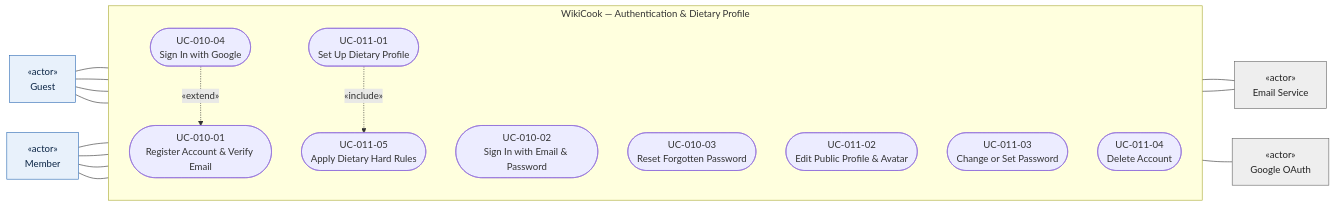
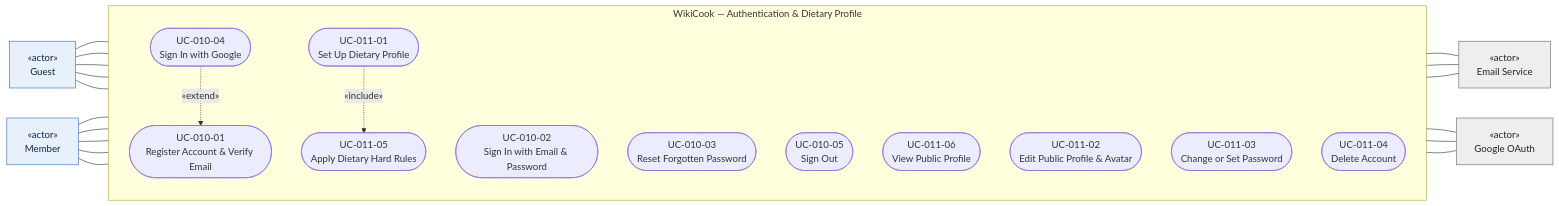
One commit to ThanhDu14/WikiCook changed the third of 13 diagrams in docs/requirements/use-case-model.md. Above: the diagram before and after it, drawn with Mermaid. The commit also changed other lines of this file, not shown here.

````diff
--- a/docs/requirements/use-case-model.md
+++ b/docs/requirements/use-case-model.md
@@ -183,42 +196,49 @@
 ```mermaid
 flowchart LR
     GUEST["«actor»<br/>Guest"]
     MEMBER["«actor»<br/>Member"]
 
     subgraph SYS["WikiCook — Authentication & Dietary Profile"]
         direction TB
         UC010_01(["UC-010-01<br/>Register Account & Verify Email"])
         UC010_02(["UC-010-02<br/>Sign In with Email & Password"])
         UC010_03(["UC-010-03<br/>Reset Forgotten Password"])
         UC010_04(["UC-010-04<br/>Sign In with Google"])
+        UC010_05(["UC-010-05<br/>Sign Out"])
+        UC011_06(["UC-011-06<br/>View Public Profile"])
         UC011_01(["UC-011-01<br/>Set Up Dietary Profile"])
         UC011_02(["UC-011-02<br/>Edit Public Profile & Avatar"])
         UC011_03(["UC-011-03<br/>Change or Set Password"])
         UC011_04(["UC-011-04<br/>Delete Account"])
         UC011_05(["UC-011-05<br/>Apply Dietary Hard Rules"])
     end
 
     GOOGLE["«actor»<br/>Google OAuth"]
     EMAIL["«actor»<br/>Email Service"]
 
     GUEST --- UC010_01
     GUEST --- UC010_02
     GUEST --- UC010_03
     GUEST --- UC010_04
+    GUEST --- UC011_06
+    MEMBER --- UC010_05
     MEMBER --- UC011_01
     MEMBER --- UC011_02
     MEMBER --- UC011_03
     MEMBER --- UC011_04
 
     UC010_01 --- EMAIL
+    UC010_02 --- EMAIL
     UC010_03 --- EMAIL
     UC010_04 --- GOOGLE
+    UC011_03 --- GOOGLE
+    UC011_04 --- GOOGLE
 
     UC010_04 -. "«extend»" .-> UC010_01
     UC011_01 -. "«include»" .-> UC011_05
 
     classDef actor fill:#e8f1fb,stroke:#2f6db5,color:#0b2545
     classDef system fill:#eeeeee,stroke:#666666,color:#222222
     class GUEST,MEMBER actor
     class GOOGLE,EMAIL system
 ```
````
